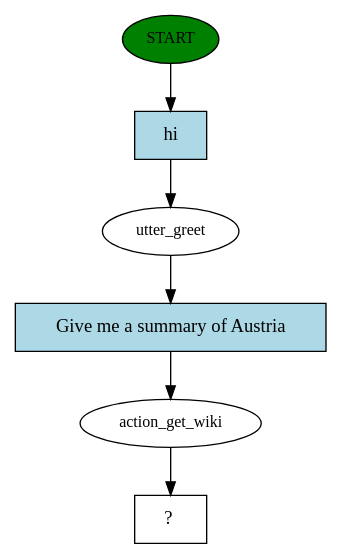
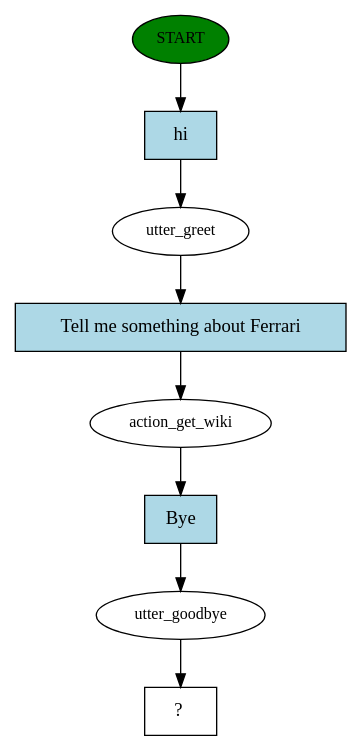
One commit to Syzygianinfern0/Wiki-Bot changed the diagram in story_graph.dot. Above: the diagram before and after it, drawn with Graphviz. The commit also changed 12 other files, not shown here.

```diff
--- a/story_graph.dot
+++ b/story_graph.dot
@@ -1,13 +1,17 @@
 digraph  {
 0 [class="start active", fillcolor=green, fontsize=12, label=START, style=filled];
 1 [class=active, fontsize=12, label=utter_greet];
 2 [class=active, fontsize=12, label=action_get_wiki];
-3 [class="intent dashed active", label="  ?  ", shape=rect];
-4 [class="intent active", fillcolor=lightblue, label=hi, shape=rect, style=filled];
-5 [class="intent active", fillcolor=lightblue, label="Give me a summary of Austria", shape=rect, style=filled];
-0 -> 4  [class=active, key=0];
-1 -> 5  [class=active, key=0];
-2 -> 3  [class=active, key=NONE, label=""];
-4 -> 1  [class=active, key=0];
-5 -> 2  [class=active, key=0];
+3 [class=active, fontsize=12, label=utter_goodbye];
+4 [class="intent dashed active", label="  ?  ", shape=rect];
+5 [class="intent active", fillcolor=lightblue, label=hi, shape=rect, style=filled];
+6 [class="intent active", fillcolor=lightblue, label="Tell me something about Ferrari", shape=rect, style=filled];
+7 [class="intent active", fillcolor=lightblue, label=Bye, shape=rect, style=filled];
+0 -> 5  [class=active, key=0];
+1 -> 6  [class=active, key=0];
+2 -> 7  [class=active, key=0];
+3 -> 4  [class=active, key=NONE, label=""];
+5 -> 1  [class=active, key=0];
+6 -> 2  [class=active, key=0];
+7 -> 3  [class=active, key=0];
 }
```
